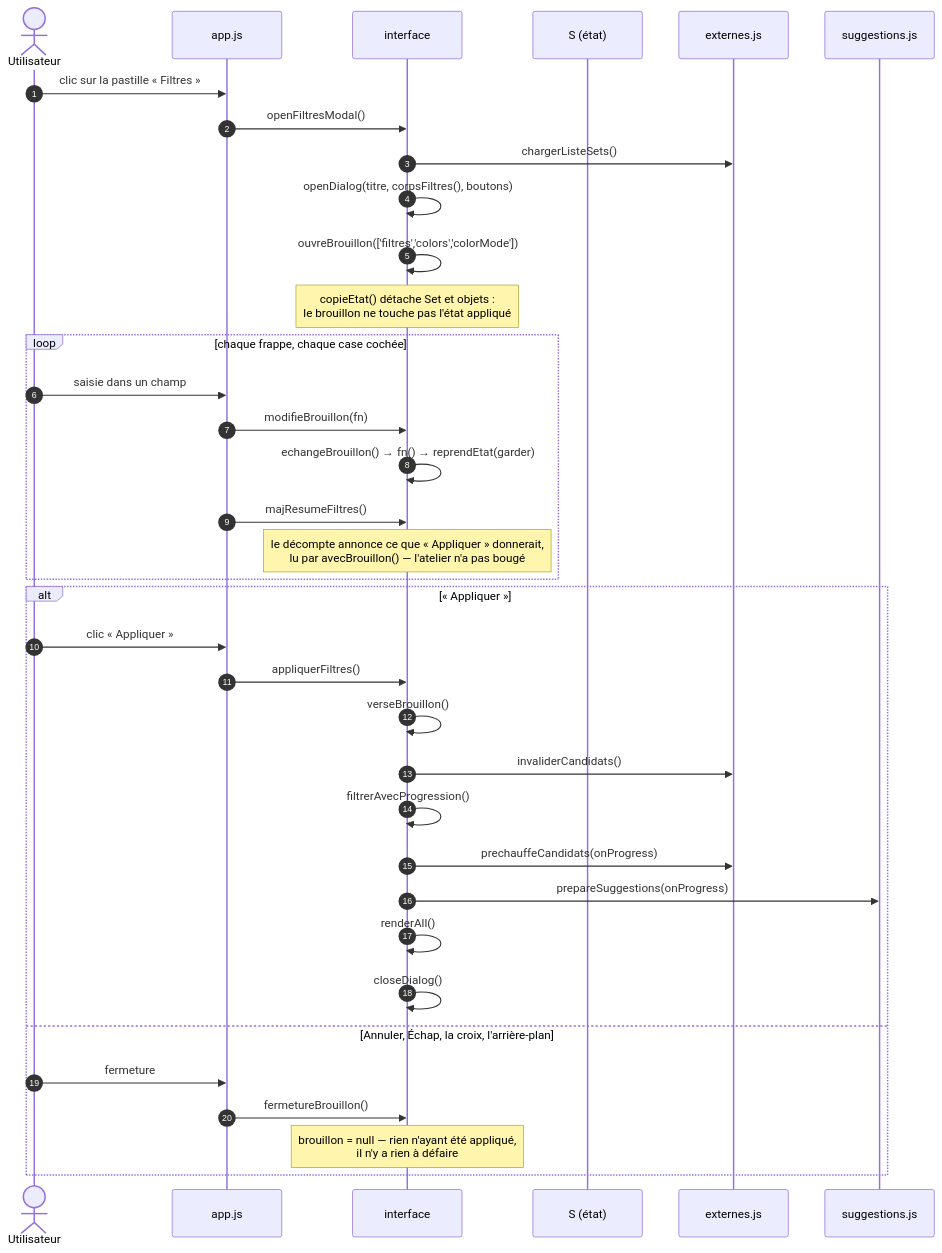
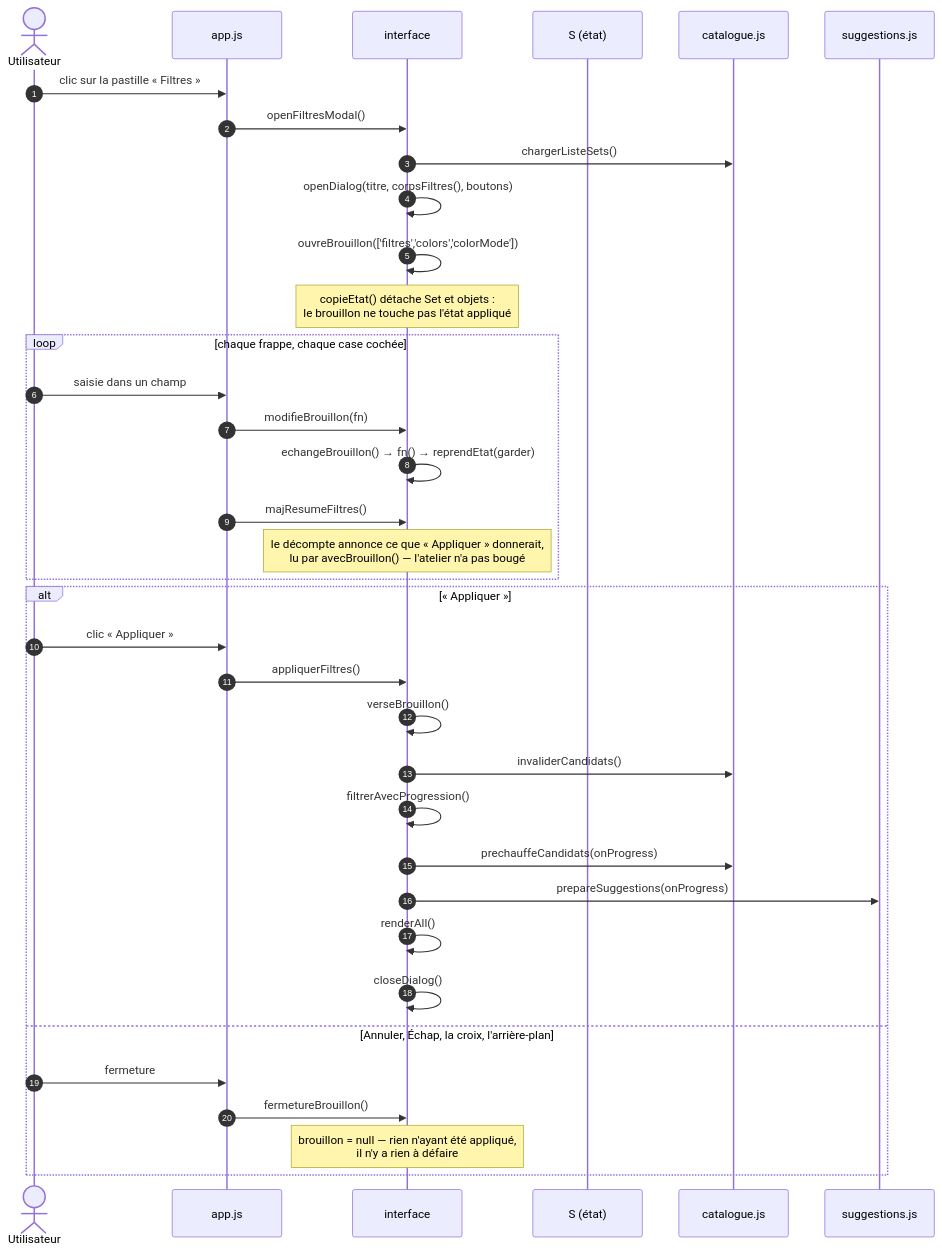
One commit to HJoudrier/MtgDeckBuilder changed the fifth of 15 diagrams in PARCOURS.md. Above: the diagram before and after it, drawn with Mermaid. The commit also changed other lines of this file and 11 other files, not shown here.

````diff
--- a/PARCOURS.md
+++ b/PARCOURS.md
@@ -214,41 +253,41 @@
 ```mermaid
 sequenceDiagram
     autonumber
     actor U as Utilisateur
     participant APP as app.js
     participant UI as interface
     participant S as S (état)
-    participant EXT as externes.js
+    participant EXT as catalogue.js
     participant SUG as suggestions.js
 
     U->>APP: clic sur la pastille « Filtres »
     APP->>UI: openFiltresModal()
     UI->>EXT: chargerListeSets()
     UI->>UI: openDialog(titre, corpsFiltres(), boutons)
     UI->>UI: ouvreBrouillon(['filtres','colors','colorMode'])
     Note over UI: copieEtat() détache Set et objets :<br/>le brouillon ne touche pas l'état appliqué
 
     loop chaque frappe, chaque case cochée
         U->>APP: saisie dans un champ
         APP->>UI: modifieBrouillon(fn)
         UI->>UI: echangeBrouillon() → fn() → reprendEtat(garder)
         APP->>UI: majResumeFiltres()
         Note over UI: le décompte annonce ce que « Appliquer » donnerait,<br/>lu par avecBrouillon() — l'atelier n'a pas bougé
     end
 
     alt « Appliquer »
         U->>APP: clic « Appliquer »
         APP->>UI: appliquerFiltres()
         UI->>UI: verseBrouillon()
         UI->>EXT: invaliderCandidats()
         UI->>UI: filtrerAvecProgression()
         UI->>EXT: prechauffeCandidats(onProgress)
         UI->>SUG: prepareSuggestions(onProgress)
         UI->>UI: renderAll()
         UI->>UI: closeDialog()
     else Annuler, Échap, la croix, l'arrière-plan
         U->>APP: fermeture
         APP->>UI: fermetureBrouillon()
         Note over UI: brouillon = null — rien n'ayant été appliqué,<br/>il n'y a rien à défaire
     end
 ```
````
